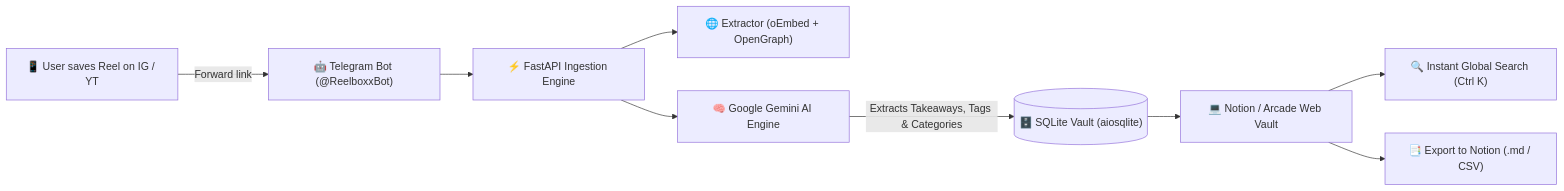
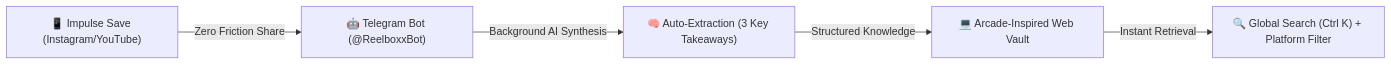
One commit to shobhitkeshari98/reelbox changed the first of 3 diagrams in CASE_STUDY.md. Above: the diagram before and after it, drawn with Mermaid. The commit also changed other lines of this file, not shown here.

````diff
--- a/CASE_STUDY.md
+++ b/CASE_STUDY.md
@@ -22,11 +12,7 @@
 ```mermaid
 flowchart LR
-    A["📱 User saves Reel on IG / YT"] -->|"Forward link"| B["🤖 Telegram Bot (@ReelboxxBot)"]
-    B --> C["⚡ FastAPI Ingestion Engine"]
-    C --> D["🌐 Extractor (oEmbed + OpenGraph)"]
-    C --> E["🧠 Google Gemini AI Engine"]
-    E -->|"Extracts Takeaways, Tags & Categories"| F[("🗄️ SQLite Vault (aiosqlite)")]
-    F --> G["💻 Notion / Arcade Web Vault"]
-    G --> H["🔍 Instant Global Search (Ctrl K)"]
-    G --> I["📑 Export to Notion (.md / CSV)"]
+    A["📱 Impulse Save (Instagram/YouTube)"] -->|"Zero Friction Share"| B["🤖 Telegram Bot (@ReelboxxBot)"]
+    B -->|"Background AI Synthesis"| C["🧠 Auto-Extraction (3 Key Takeaways)"]
+    C -->|"Structured Knowledge"| D["💻 Arcade-Inspired Web Vault"]
+    D -->|"Instant Retrieval"| E["🔍 Global Search (Ctrl K) + Platform Filter"]
 ```
````
